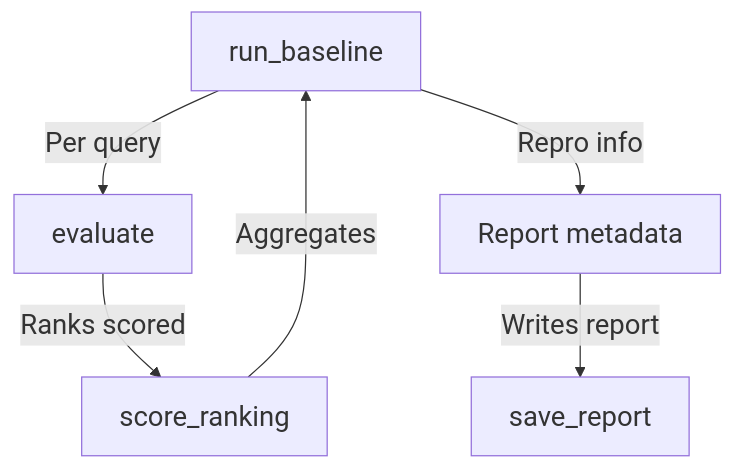
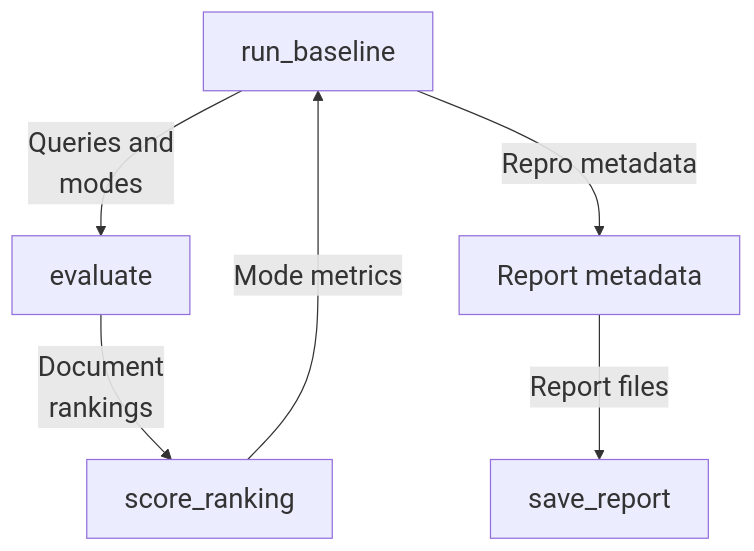
The third of 5 diagrams in maps/evaluation/README.md (Justin-Mendoza/Afterclass), drawn with Mermaid before and after one commit. The commit also changed other lines of this file and 83 other files, not shown here.

````diff
--- a/maps/evaluation/README.md
+++ b/maps/evaluation/README.md
@@ -163,14 +128,14 @@
 ```mermaid
 %%{init: {"themeVariables": {"fontSize": "22px"}}}%%
 flowchart TD
   n0["run_baseline"]
   n1["evaluate"]
   n2["score_ranking"]
   n3["Report metadata"]
   n4["save_report"]
-  n0 -->|"Per query"| n1
-  n1 -->|"Ranks scored"| n2
-  n2 -->|"Aggregates"| n0
-  n0 -->|"Repro info"| n3
-  n3 -->|"Writes report"| n4
+  n0 -->|"Queries and<br/>modes"| n1
+  n1 -->|"Document<br/>rankings"| n2
+  n2 -->|"Mode metrics"| n0
+  n0 -->|"Repro metadata"| n3
+  n3 -->|"Report files"| n4
 ```
````
